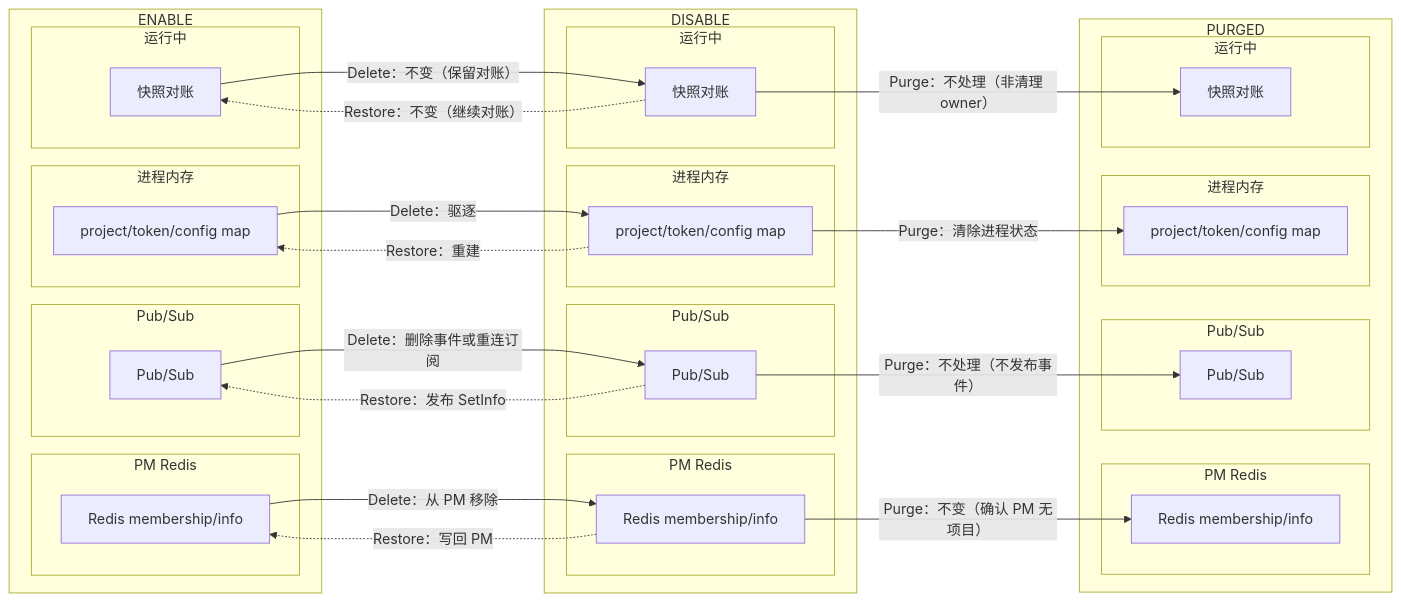
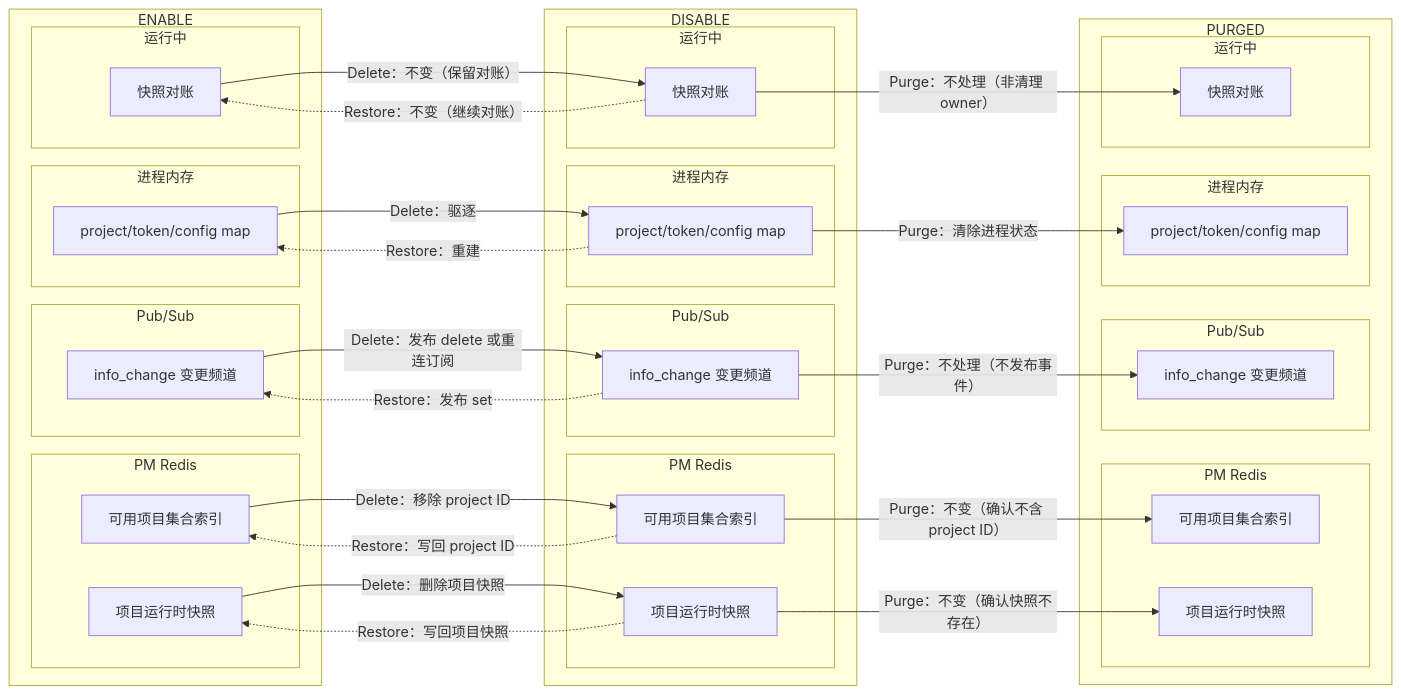
One commit to qinwenshiCH/workflow changed diagram 20 of 23 in specs/20260716-Wave-Refac-OrganizationProjectLifecycle/04-detail.md. Above: the diagram before and after it, drawn with Mermaid. The commit also changed other lines of this file and 4 other files, not shown here.

````diff
--- a/specs/20260716-Wave-Refac-OrganizationProjectLifecycle/04-detail.md
+++ b/specs/20260716-Wave-Refac-OrganizationProjectLifecycle/04-detail.md
@@ -1367,60 +1480,66 @@
 ```mermaid
 flowchart LR
     subgraph enable["ENABLE"]
         subgraph e_redis["PM Redis"]
-            EInfo["Redis membership/info"]
+            EIndex["可用项目集合索引"]
+            EInfo["项目运行时快照"]
         end
         subgraph e_pubsub["Pub/Sub"]
-            EPub["Pub/Sub"]
+            EPub["info_change 变更频道"]
         end
         subgraph e_memory["进程内存"]
             EMap["project/token/config map"]
         end
         subgraph e_runtime["运行中"]
             ERecon["快照对账"]
         end
     end
 
     subgraph disable["DISABLE"]
         subgraph d_redis["PM Redis"]
-            DInfo["Redis membership/info"]
+            DIndex["可用项目集合索引"]
+            DInfo["项目运行时快照"]
         end
         subgraph d_pubsub["Pub/Sub"]
-            DPub["Pub/Sub"]
+            DPub["info_change 变更频道"]
         end
         subgraph d_memory["进程内存"]
             DMap["project/token/config map"]
         end
         subgraph d_runtime["运行中"]
             DRecon["快照对账"]
         end
     end
 
     subgraph purged["PURGED"]
         subgraph p_redis["PM Redis"]
-            PInfo["Redis membership/info"]
+            PIndex["可用项目集合索引"]
+            PInfo["项目运行时快照"]
         end
         subgraph p_pubsub["Pub/Sub"]
-            PPub["Pub/Sub"]
+            PPub["info_change 变更频道"]
         end
         subgraph p_memory["进程内存"]
             PMap["project/token/config map"]
         end
         subgraph p_runtime["运行中"]
             PRecon["快照对账"]
         end
     end
 
-    EInfo -->|Delete：从 PM 移除| DInfo
-    EPub -->|Delete：删除事件或重连订阅| DPub
+    EIndex -->|Delete：移除 project ID| DIndex
+    EInfo -->|Delete：删除项目快照| DInfo
+    EPub -->|Delete：发布 delete 或重连订阅| DPub
     EMap -->|Delete：驱逐| DMap
     ERecon -->|Delete：不变（保留对账）| DRecon
-    DInfo -.->|Restore：写回 PM| EInfo
-    DPub -.->|Restore：发布 SetInfo| EPub
+    DIndex -.->|Restore：写回 project ID| EIndex
+    DInfo -.->|Restore：写回项目快照| EInfo
+    DPub -.->|Restore：发布 set| EPub
     DMap -.->|Restore：重建| EMap
     DRecon -.->|Restore：不变（继续对账）| ERecon
-    DInfo -->|Purge：不变（确认 PM 无项目）| PInfo
+    DIndex -->|Purge：不变（确认不含 project ID）| PIndex
+    DInfo -->|Purge：不变（确认快照不存在）| PInfo
     DPub -->|Purge：不处理（不发布事件）| PPub
     DMap -->|Purge：清除进程状态| PMap
     DRecon -->|Purge：不处理（非清理 owner）| PRecon
 ```
````
